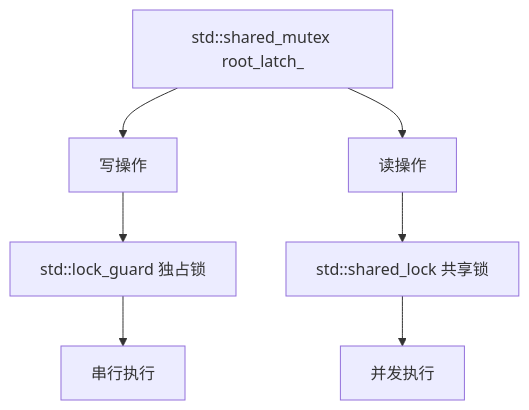
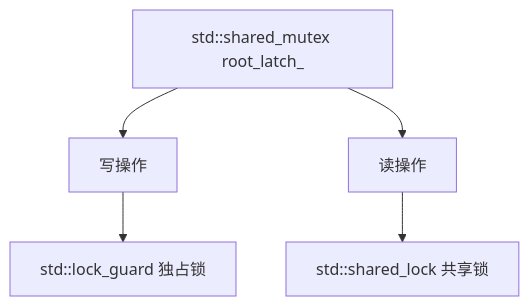
The third of 6 diagrams in README.md (870255728/bptree), drawn with Mermaid before and after one commit. The commit also changed other lines of this file, not shown here.

````diff
--- a/README.md
+++ b/README.md
@@ -78,9 +247,7 @@
 ```mermaid
 graph TD
     A[std::shared_mutex root_latch_] --> B[写操作]
     A --> C[读操作]
     B --> D[std::lock_guard 独占锁]
     C --> E[std::shared_lock 共享锁]
-    D --> F[串行执行]
-    E --> G[并发执行]
 ```
````
